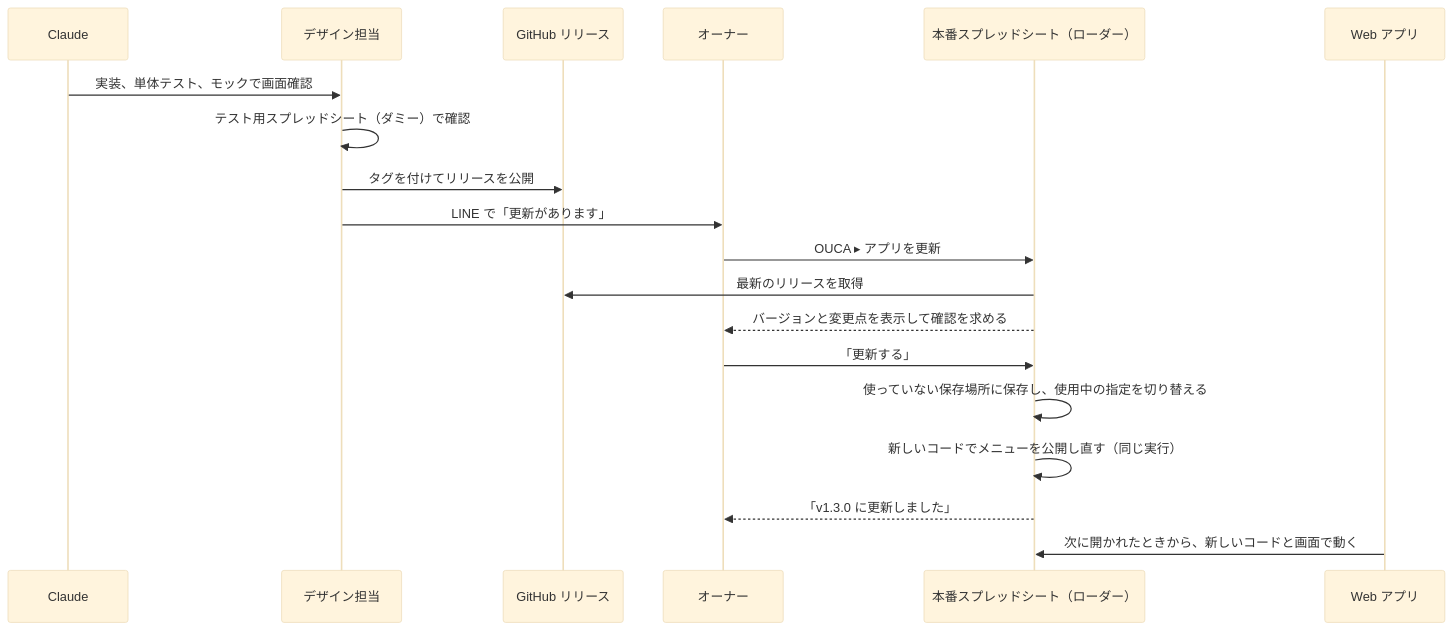
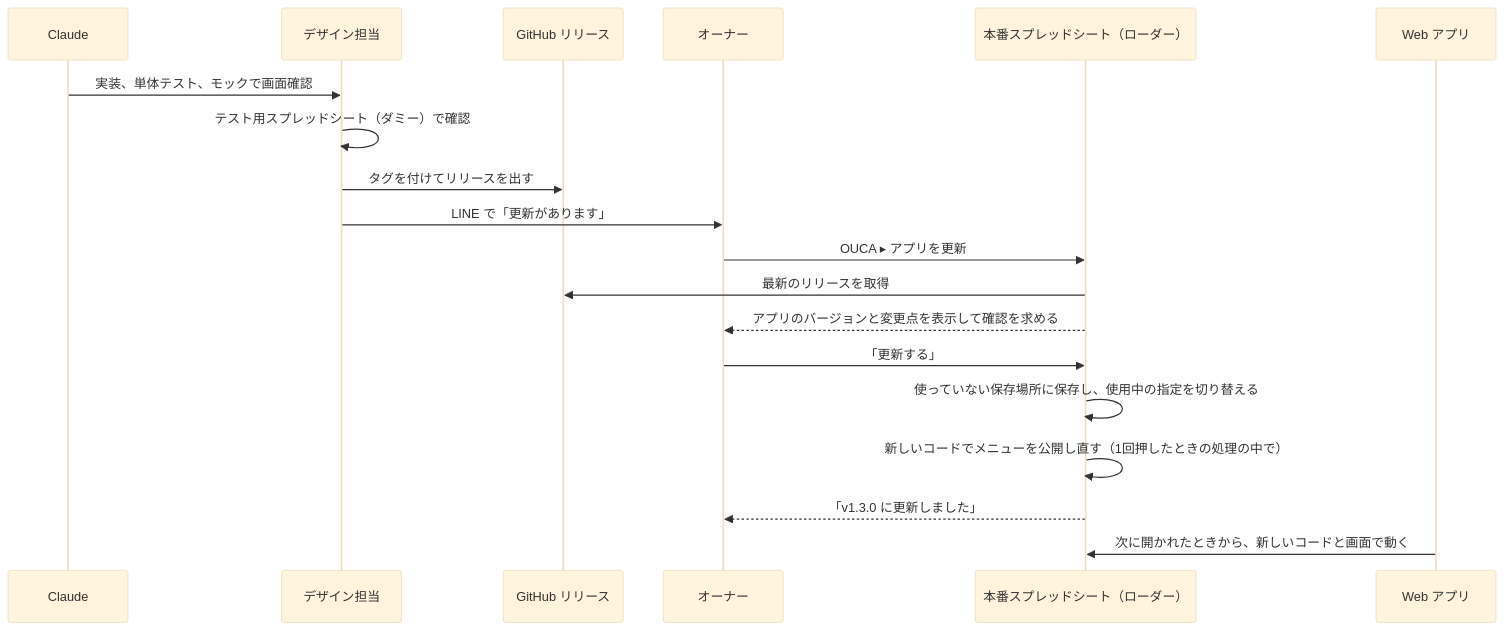
The second of 2 diagrams in docs/to-be/delivery-flow.md (yuk-wq/ouca), drawn with Mermaid (base theme) before and after one commit. The commit also changed other lines of this file and 5 other files, not shown here.

````diff
--- a/docs/to-be/delivery-flow.md
+++ b/docs/to-be/delivery-flow.md
@@ -97,21 +124,21 @@
 ```mermaid
 sequenceDiagram
   participant C as Claude
   participant D as デザイン担当
   participant R as GitHub リリース
   participant O as オーナー
   participant S as 本番スプレッドシート（ローダー）
   participant W as Web アプリ
   C->>D: 実装、単体テスト、モックで画面確認
   D->>D: テスト用スプレッドシート（ダミー）で確認
-  D->>R: タグを付けてリリースを公開
+  D->>R: タグを付けてリリースを出す
   D->>O: LINE で「更新があります」
   O->>S: OUCA ▸ アプリを更新
   S->>R: 最新のリリースを取得
-  S-->>O: バージョンと変更点を表示して確認を求める
+  S-->>O: アプリのバージョンと変更点を表示して確認を求める
   O->>S: 「更新する」
   S->>S: 使っていない保存場所に保存し、使用中の指定を切り替える
-  S->>S: 新しいコードでメニューを公開し直す（同じ実行）
+  S->>S: 新しいコードでメニューを公開し直す（1回押したときの処理の中で）
   S-->>O: 「v1.3.0 に更新しました」
   W->>S: 次に開かれたときから、新しいコードと画面で動く
 ```
````
